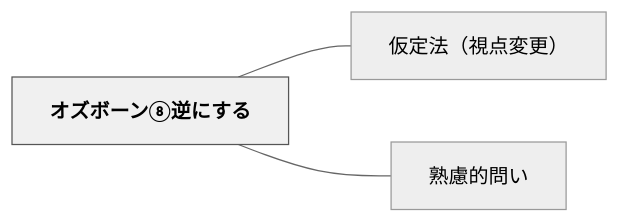
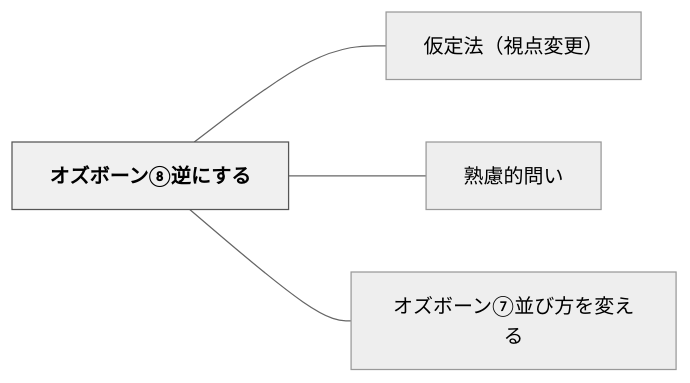
One commit to unknownthings-ed-patterns/unknownthings-ed-patterns changed the diagram in content/パタン/オズボーン⑧逆にする.md. Above: the diagram before and after it, drawn with Mermaid (neutral theme). The commit also changed other lines of this file and 14 other files, not shown here.

````diff
--- a/content/パタン/オズボーン⑧逆にする.md
+++ b/content/パタン/オズボーン⑧逆にする.md
@@ -45,12 +46,14 @@
 ```mermaid
 flowchart LR
     ne382aae382bae3839ce383bce383b3e291a7e98086e381abe38199e3828b["オズボーン⑧逆にする"]
     ne4bbaee5ae9ae6b395efbc88e8a696e782b9e5a489e69bb4efbc89["仮定法（視点変更）"]
     ne7869fe685aee79a84e5958fe38184["熟慮的問い"]
+    ne382aae382bae3839ce383bce383b3e291a6e4b8a6e381b3e696b9e38292e5a489e38188e3828b["オズボーン⑦並び方を変える"]
 
     ne382aae382bae3839ce383bce383b3e291a7e98086e381abe38199e3828b --- ne4bbaee5ae9ae6b395efbc88e8a696e782b9e5a489e69bb4efbc89
     ne382aae382bae3839ce383bce383b3e291a7e98086e381abe38199e3828b --- ne7869fe685aee79a84e5958fe38184
+    ne382aae382bae3839ce383bce383b3e291a7e98086e381abe38199e3828b --- ne382aae382bae3839ce383bce383b3e291a6e4b8a6e381b3e696b9e38292e5a489e38188e3828b
 
     classDef hub fill:#f0f0f0,stroke:#555,color:#000,font-weight:bold
     class ne382aae382bae3839ce383bce383b3e291a7e98086e381abe38199e3828b hub
 ```
````
